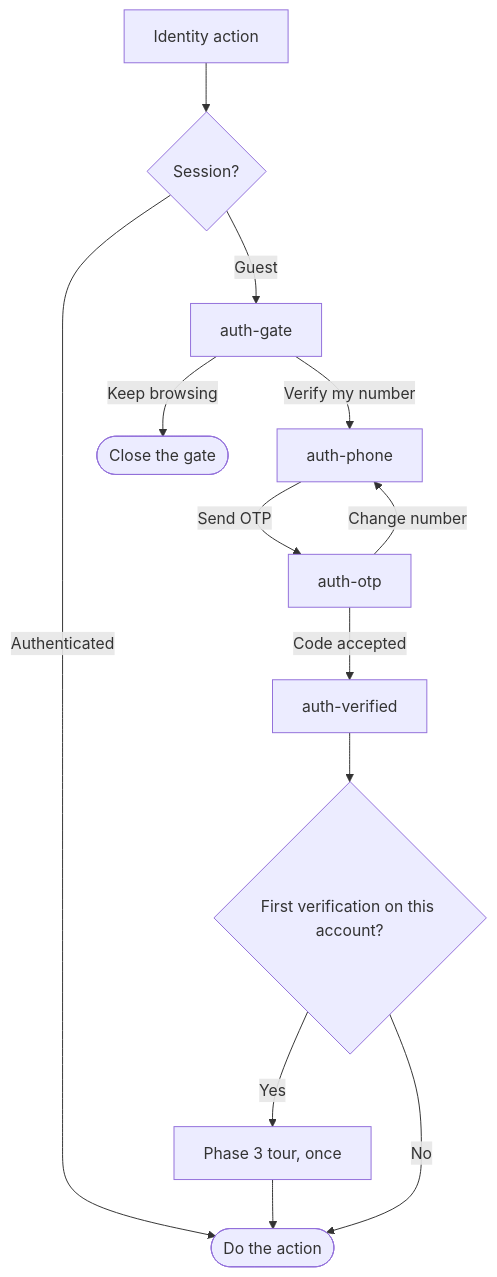
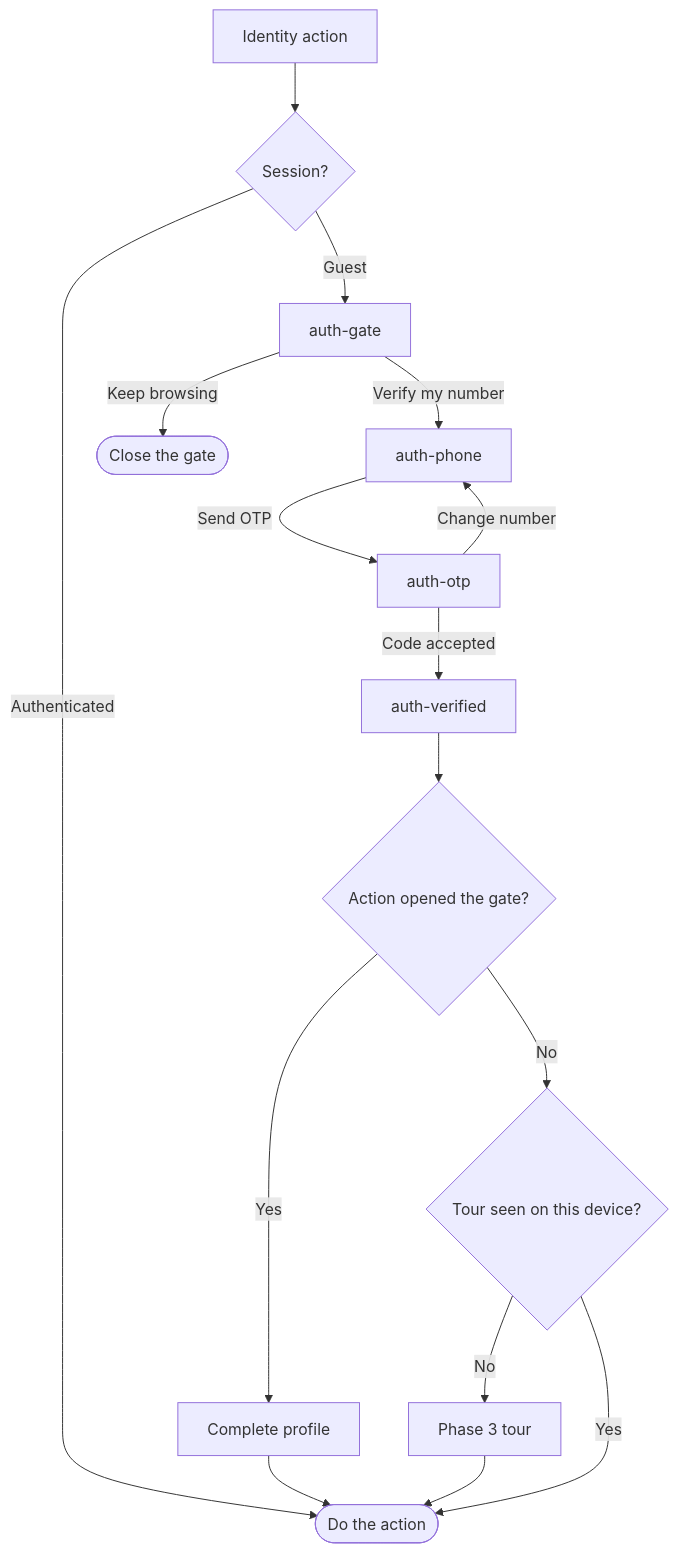
Before and after one commit to bawra11/elite-product: the first of 2 diagrams in product/detail-flows/02-auth.md, drawn with Mermaid. The commit also changed other lines of this file and 10 other files, not shown here.

````diff
--- a/product/detail-flows/02-auth.md
+++ b/product/detail-flows/02-auth.md
@@ -11,15 +15,18 @@
 ```mermaid
 flowchart TD
   action["Identity action"] --> session{Session?}
   session -->|Authenticated| go([Do the action])
   session -->|Guest| gate["auth-gate"]
   gate -->|Keep browsing| back([Close the gate])
   gate -->|Verify my number| phone["auth-phone"]
   phone -->|Send OTP| otp["auth-otp"]
   otp -->|Change number| phone
   otp -->|Code accepted| verified["auth-verified"]
-  verified --> first{First verification on this account?}
-  first -->|Yes| tour["Phase 3 tour, once"]
-  first -->|No| go
+  verified --> gated{Action opened the gate?}
+  gated -->|Yes| profile["Complete profile"]
+  gated -->|No| seen{Tour seen on this device?}
+  seen -->|No| tour["Phase 3 tour"]
+  seen -->|Yes| go
+  profile --> go
   tour --> go
 ```
````
